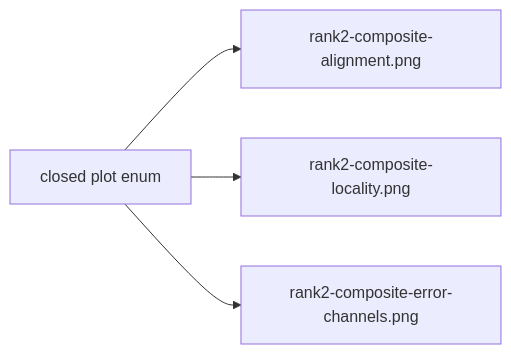
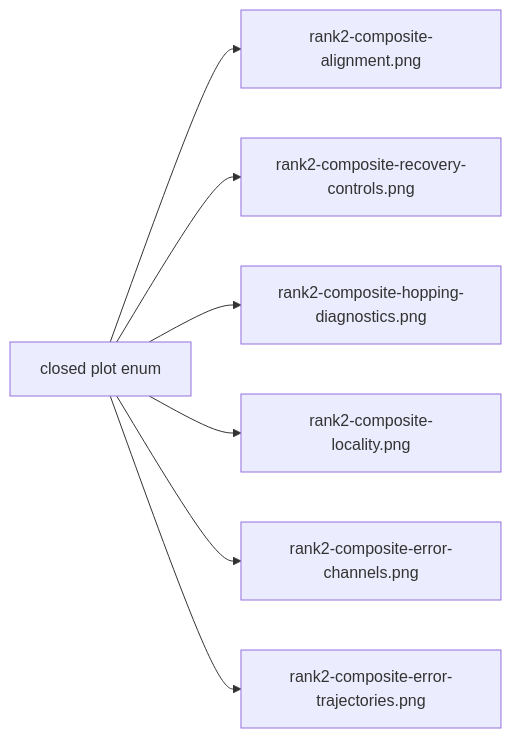
The diagram in docs/architecture/v3/ksdft2effmass/periodic1d/rank2/band_alignment/composite/visualizations/Periodic1DCompositeBandAlignmentVisualizationPlotEnum/schematics.md (eragasa/ksdft2effmass), drawn with Mermaid before and after one commit. The commit also changed 157 other files, not shown here.

Commit message:
refactor(periodic1d): retain typed locality and figure evidence

````diff
--- a/docs/architecture/v3/ksdft2effmass/periodic1d/rank2/band_alignment/composite/visualizations/Periodic1DCompositeBandAlignmentVisualizationPlotEnum/schematics.md
+++ b/docs/architecture/v3/ksdft2effmass/periodic1d/rank2/band_alignment/composite/visualizations/Periodic1DCompositeBandAlignmentVisualizationPlotEnum/schematics.md
@@ -3,6 +3,9 @@
 ```mermaid
 flowchart LR
     E[closed plot enum] --> A[rank2-composite-alignment.png]
+    E --> R[rank2-composite-recovery-controls.png]
+    E --> H[rank2-composite-hopping-diagnostics.png]
     E --> L[rank2-composite-locality.png]
     E --> C[rank2-composite-error-channels.png]
+    E --> T[rank2-composite-error-trajectories.png]
 ```
````
